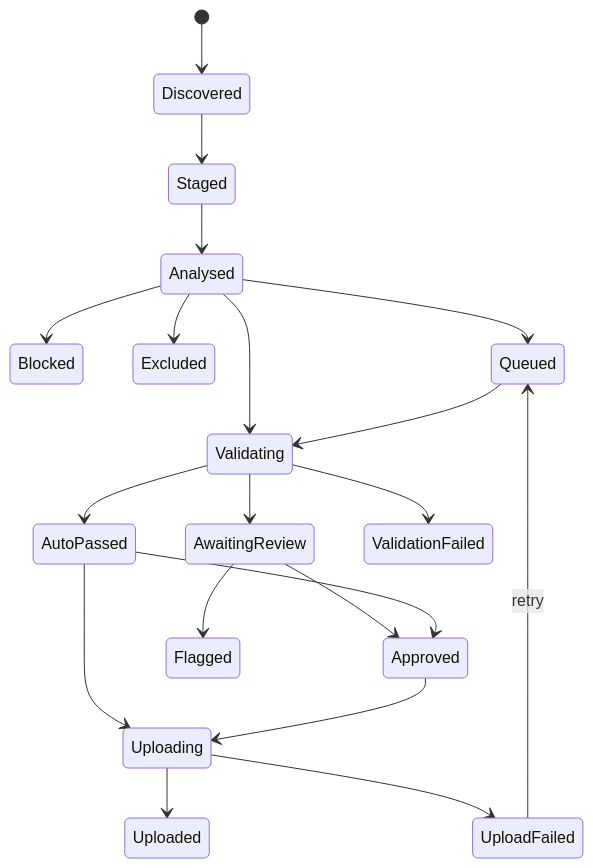
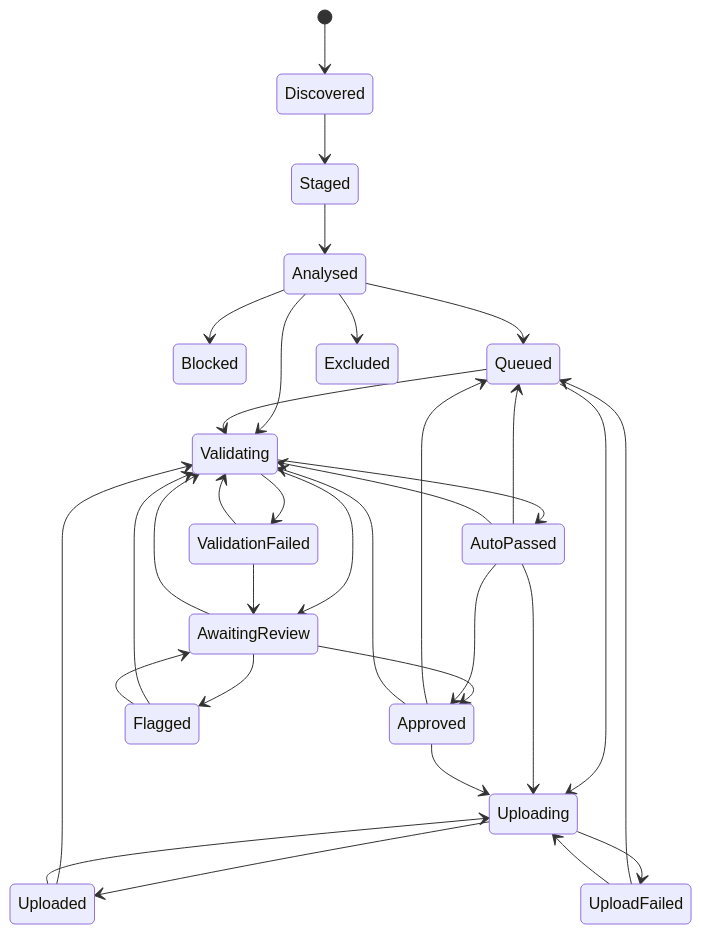
Before and after one commit to Manoranjan2206/Bold-Migrate: the third of 3 diagrams in docs/application-spec.md, drawn with Mermaid. The commit also changed other lines of this file and 25 other files, not shown here.

````diff
--- a/docs/application-spec.md
+++ b/docs/application-spec.md
@@ -144,22 +181,35 @@
 ```mermaid
 stateDiagram-v2
     [*] --> Discovered
     Discovered --> Staged
     Staged --> Analysed
     Analysed --> Blocked
-    Analysed --> Excluded
     Analysed --> Queued
     Analysed --> Validating
+    Analysed --> Excluded
     Queued --> Validating
+    Queued --> Uploading
     Validating --> AutoPassed
     Validating --> AwaitingReview
     Validating --> ValidationFailed
+    ValidationFailed --> Validating
+    ValidationFailed --> AwaitingReview
     AwaitingReview --> Approved
     AwaitingReview --> Flagged
+    AwaitingReview --> Validating
+    Flagged --> Validating
+    Flagged --> AwaitingReview
     AutoPassed --> Approved
+    AutoPassed --> Queued
     AutoPassed --> Uploading
+    AutoPassed --> Validating
+    Approved --> Queued
     Approved --> Uploading
+    Approved --> Validating
     Uploading --> Uploaded
     Uploading --> UploadFailed
-    UploadFailed --> Queued: retry
+    UploadFailed --> Queued
+    UploadFailed --> Uploading
+    Uploaded --> Validating
+    Uploaded --> Uploading
 ```
````
